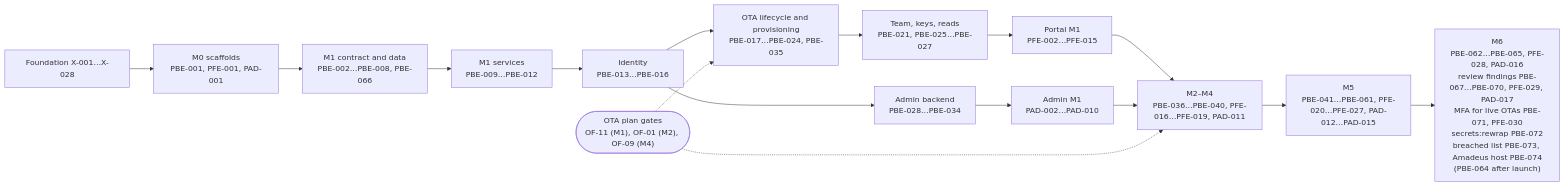
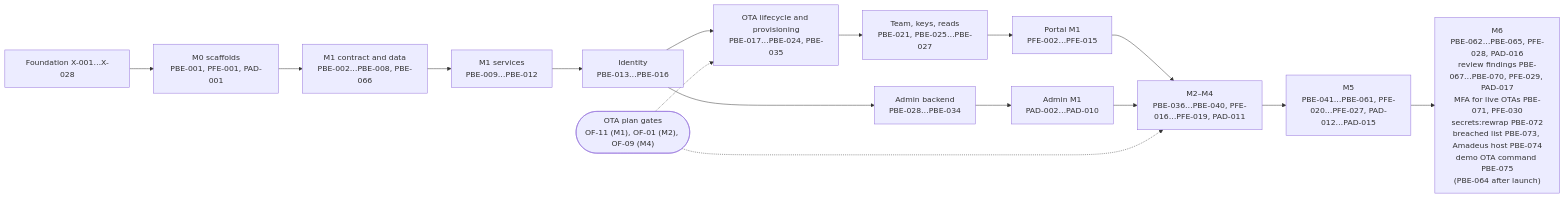
The diagram in platform/docs/plans/agent-tasks.md (bhagwati-prasad/velexis-ota), drawn with Mermaid before and after one commit. The commit also changed 1 other file, not shown here.

Commit message:
docs(plans): add X-044 and PBE-075 to the plans' dependency graphs [X-044]
foundation-tasks.md's dependency graph gains the node X-044 in M6 and the edge
X-038 --> X-044; its edges now equal those of
`node tools/plan-lint/plan-lint.mjs --graph docs/mvp/plans/foundation-tasks.md`.
The platform plan's dependency overview names the demo OTA command PBE-075 in
its M6 box. plan-lint: 340 tasks, 1552 hours, critical path 168 h over 31
tasks, remaining critical path 32 h over 6 tasks, ERRORS: 0.

Task: X-044
Task: PBE-075

Claude-Session: https://claude.ai/code/session_013KSiFZbRi4apZDRR8hvyqr

````diff
--- a/platform/docs/plans/agent-tasks.md
+++ b/platform/docs/plans/agent-tasks.md
@@ -2290,18 +2290,18 @@
 ```mermaid
 flowchart LR
   X["Foundation X-001…X-028"] --> M0["M0 scaffolds<br/>PBE-001, PFE-001, PAD-001"]
   M0 --> C1["M1 contract and data<br/>PBE-002…PBE-008, PBE-066"]
   C1 --> S1["M1 services<br/>PBE-009…PBE-012"]
   S1 --> ID["Identity<br/>PBE-013…PBE-016"]
   ID --> LC["OTA lifecycle and provisioning<br/>PBE-017…PBE-024, PBE-035"]
   LC --> TM["Team, keys, reads<br/>PBE-021, PBE-025…PBE-027"]
   ID --> AD["Admin backend<br/>PBE-028…PBE-034"]
   TM --> PFE["Portal M1<br/>PFE-002…PFE-015"]
   AD --> PAD["Admin M1<br/>PAD-002…PAD-010"]
   PFE --> M24["M2–M4<br/>PBE-036…PBE-040, PFE-016…PFE-019, PAD-011"]
   PAD --> M24
   M24 --> M5["M5<br/>PBE-041…PBE-061, PFE-020…PFE-027, PAD-012…PAD-015"]
-  M5 --> M6["M6<br/>PBE-062…PBE-065, PFE-028, PAD-016<br/>review findings PBE-067…PBE-070, PFE-029, PAD-017<br/>MFA for live OTAs PBE-071, PFE-030<br/>secrets:rewrap PBE-072<br/>breached list PBE-073, Amadeus host PBE-074<br/>(PBE-064 after launch)"]
+  M5 --> M6["M6<br/>PBE-062…PBE-065, PFE-028, PAD-016<br/>review findings PBE-067…PBE-070, PFE-029, PAD-017<br/>MFA for live OTAs PBE-071, PFE-030<br/>secrets:rewrap PBE-072<br/>breached list PBE-073, Amadeus host PBE-074<br/>demo OTA command PBE-075<br/>(PBE-064 after launch)"]
   OTA(["OTA plan gates<br/>OF-11 (M1), OF-01 (M2), OF-09 (M4)"]) -.-> LC
   OTA -.-> M24
 ```
````
